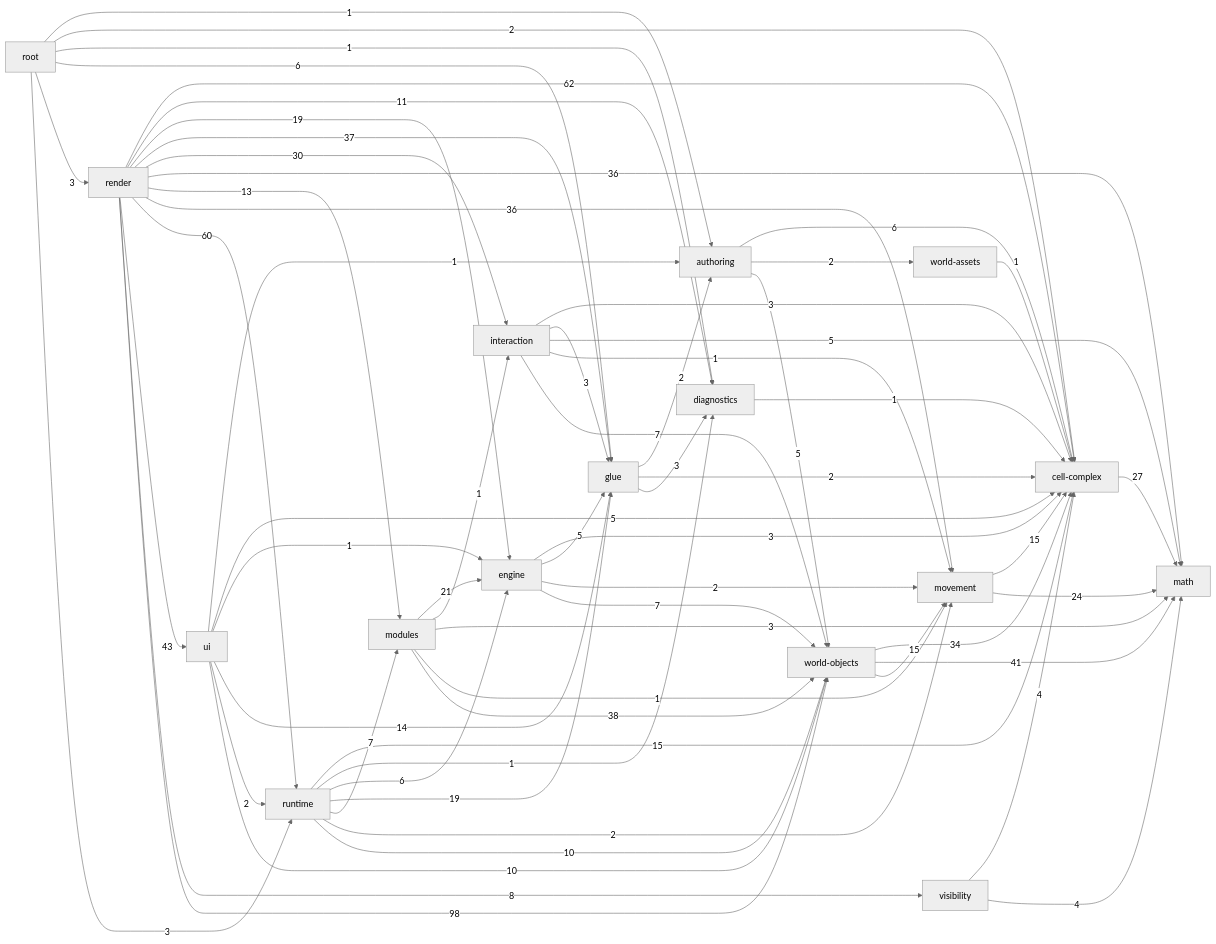
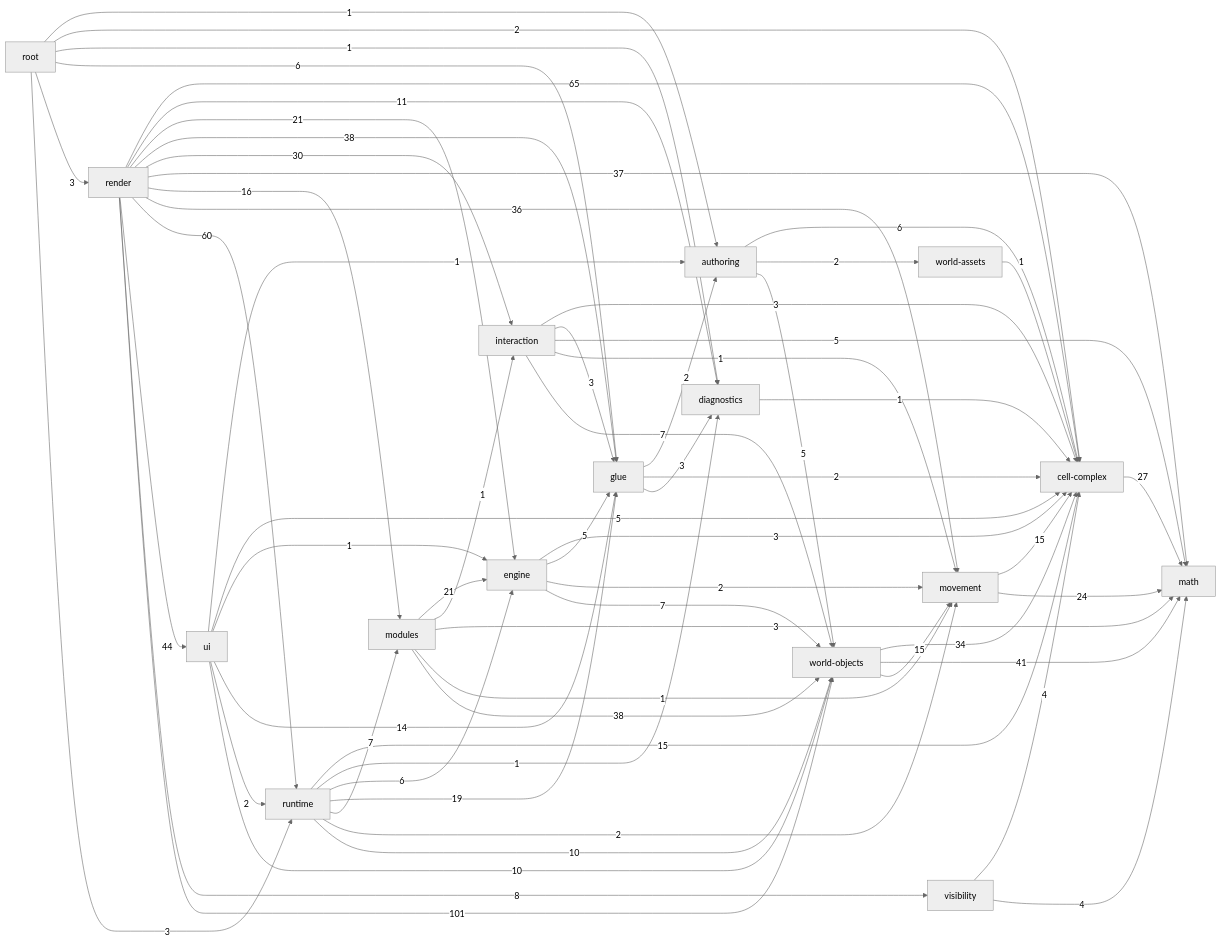
The diagram in _docs/generated/ARCHITECTURE_REFERENCE.md (guraltsev/noneuclid-fpv), drawn with Mermaid (neutral theme) before and after one commit. The commit also changed other lines of this file and 43 other files, not shown here.

````diff
--- a/_docs/generated/ARCHITECTURE_REFERENCE.md
+++ b/_docs/generated/ARCHITECTURE_REFERENCE.md
@@ -37,80 +37,80 @@
 ```mermaid
 flowchart LR
   math["math"]
   cell_complex["cell-complex"]
   diagnostics["diagnostics"]
   visibility["visibility"]
   movement["movement"]
   world_assets["world-assets"]
   world_objects["world-objects"]
   authoring["authoring"]
   glue["glue"]
   interaction["interaction"]
   engine["engine"]
   modules["modules"]
   runtime["runtime"]
   ui["ui"]
   render["render"]
   root["root"]
   authoring -->|6| cell_complex
   authoring -->|2| world_assets
   authoring -->|5| world_objects
   cell_complex -->|27| math
   diagnostics -->|1| cell_complex
   engine -->|3| cell_complex
   engine -->|5| glue
   engine -->|2| movement
   engine -->|7| world_objects
   glue -->|2| authoring
   glue -->|2| cell_complex
   glue -->|3| diagnostics
   interaction -->|3| cell_complex
   interaction -->|3| glue
   interaction -->|5| math
   interaction -->|1| movement
   interaction -->|7| world_objects
   modules -->|21| engine
   modules -->|1| interaction
   modules -->|3| math
   modules -->|1| movement
   modules -->|38| world_objects
   movement -->|15| cell_complex
   movement -->|24| math
-  render -->|62| cell_complex
+  render -->|65| cell_complex
   render -->|11| diagnostics
-  render -->|19| engine
-  render -->|37| glue
+  render -->|21| engine
+  render -->|38| glue
   render -->|30| interaction
-  render -->|36| math
-  render -->|13| modules
+  render -->|37| math
+  render -->|16| modules
   render -->|36| movement
   render -->|60| runtime
-  render -->|43| ui
+  render -->|44| ui
   render -->|8| visibility
-  render -->|98| world_objects
+  render -->|101| world_objects
   root -->|1| authoring
   root -->|2| cell_complex
   root -->|1| diagnostics
   root -->|6| glue
   root -->|3| render
   root -->|3| runtime
   runtime -->|15| cell_complex
   runtime -->|1| diagnostics
   runtime -->|6| engine
   runtime -->|19| glue
   runtime -->|7| modules
   runtime -->|2| movement
   runtime -->|10| world_objects
   ui -->|1| authoring
   ui -->|5| cell_complex
   ui -->|1| engine
   ui -->|14| glue
   ui -->|2| runtime
   ui -->|10| world_objects
   visibility -->|4| cell_complex
   visibility -->|4| math
   world_assets -->|1| cell_complex
   world_objects -->|34| cell_complex
   world_objects -->|41| math
   world_objects -->|15| movement
 ```
````
